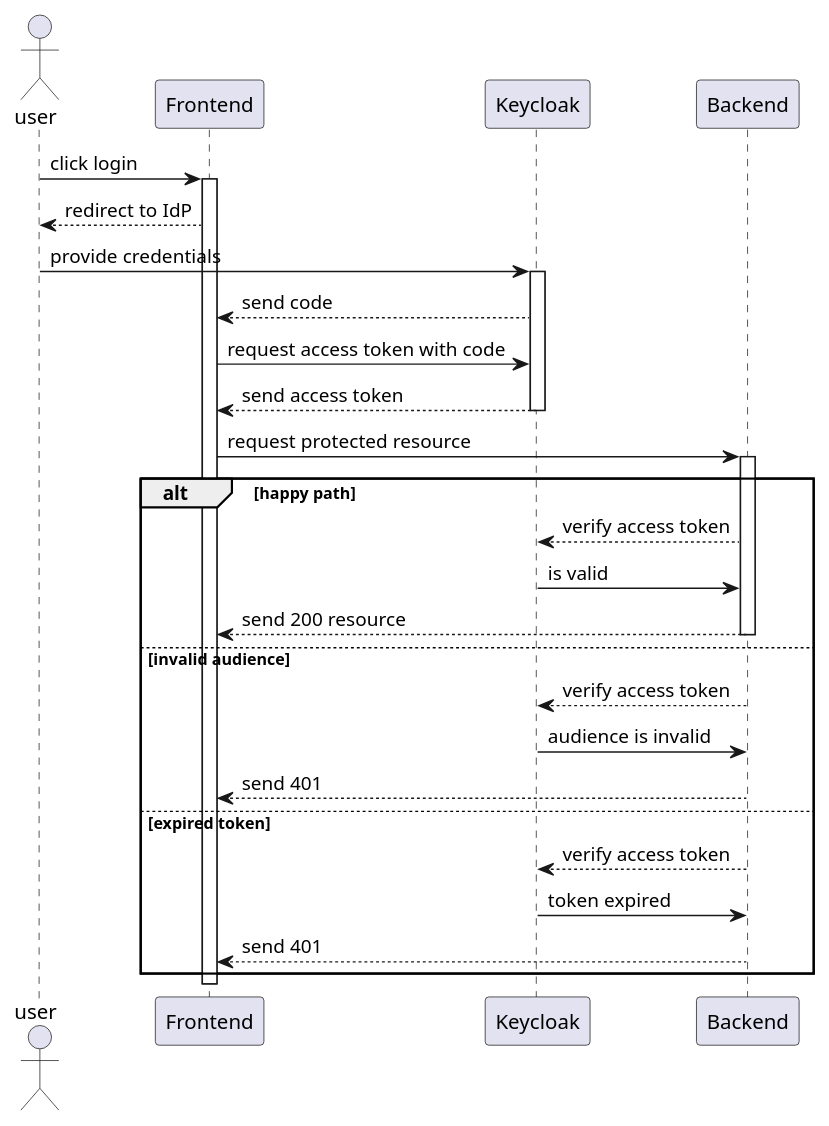
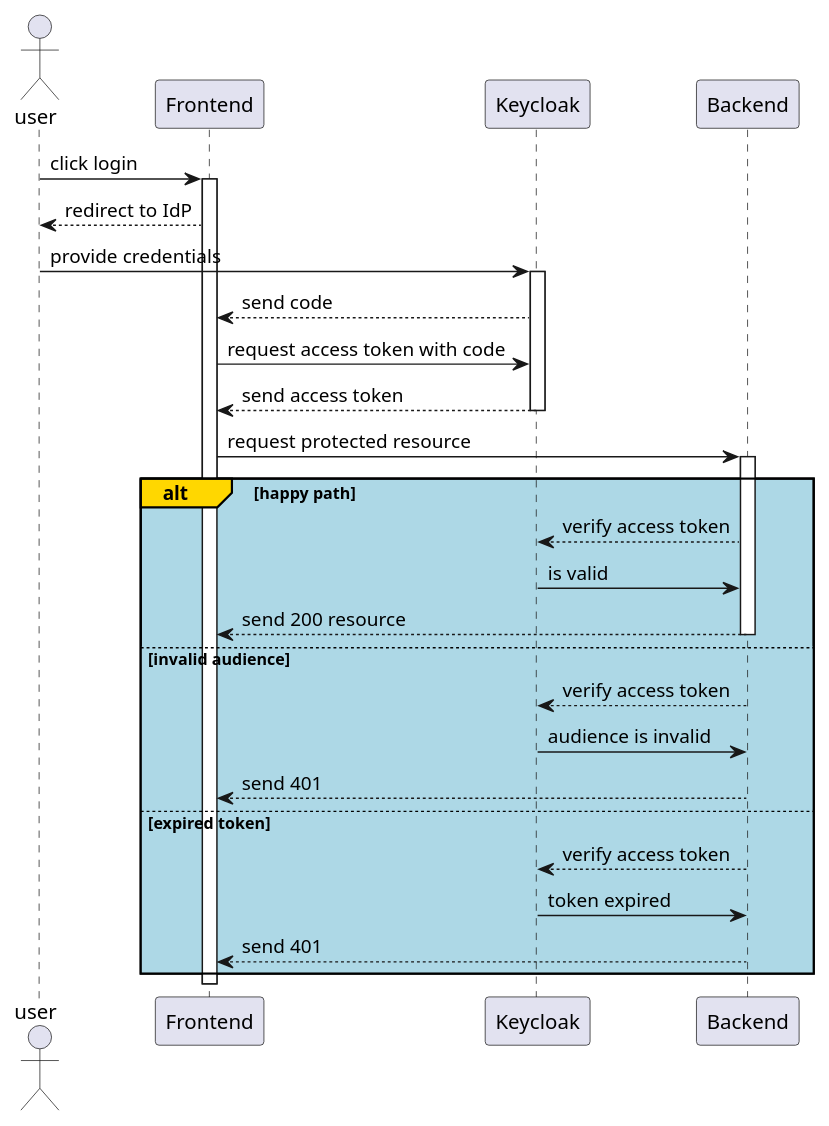
One commit to Davidcode2/teachme changed the diagram in be/docs/sequenceLogin.puml. Above: the diagram before and after it, drawn with PlantUML. The commit also changed 5 other files, not shown here.

Commit message:
Diagrams

```diff
--- a/be/docs/sequenceLogin.puml
+++ b/be/docs/sequenceLogin.puml
@@ -1,41 +1,41 @@
 @startuml
 actor user as user
 
 user -> Frontend: click login
 activate Frontend
 Frontend --> user: redirect to IdP 
 user -> Keycloak: provide credentials
 
 activate Keycloak
 Keycloak --> Frontend: send code
 Frontend -> Keycloak: request access token with code
 Keycloak --> Frontend: send access token
 deactivate Keycloak
 
 Frontend -> Backend: request protected resource
 
-alt happy path
+alt#Gold #LightBlue happy path
 
   activate Backend
   Backend --> Keycloak: verify access token 
   Keycloak -> Backend: is valid
   Backend --> Frontend: send 200 resource
   deactivate Backend
 
 else invalid audience
 
   Backend --> Keycloak: verify access token 
   Keycloak -> Backend: audience is invalid 
   Backend --> Frontend: send 401
 
 else expired token
 
   Backend --> Keycloak: verify access token 
   Keycloak -> Backend: token expired
   Backend --> Frontend: send 401
  
 end
 
 deactivate Frontend
 
 @enduml
```
